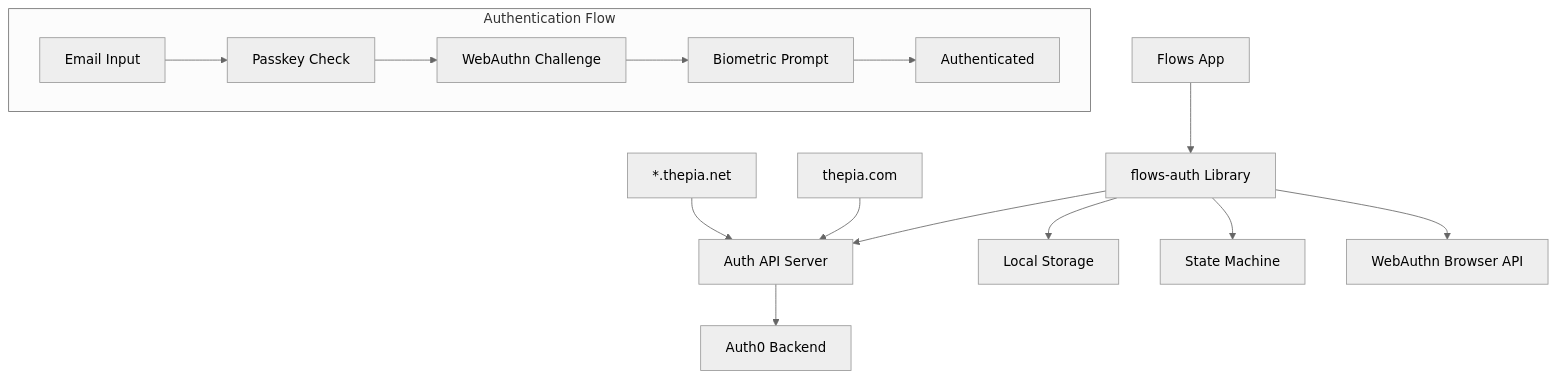
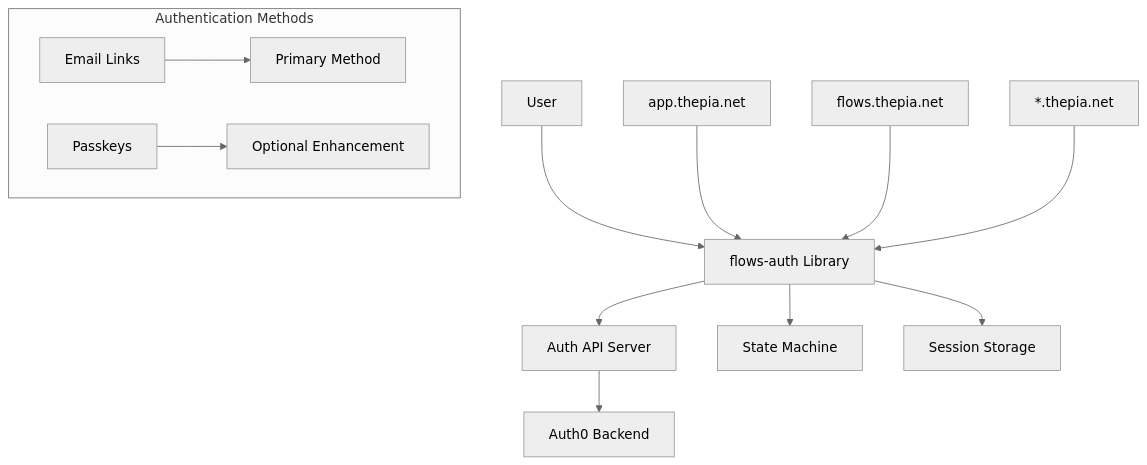
The diagram in docs/README.md (thepia/flows-auth), drawn with Mermaid (neutral theme) before and after one commit. The commit also changed other lines of this file and 14 other files, not shown here.

````diff
--- a/docs/README.md
+++ b/docs/README.md
@@ -90,20 +76,18 @@
 ```mermaid
 graph TB
-    A[Flows App] --> B[flows-auth Library]
+    A[User] --> B[flows-auth Library]
     B --> C[Auth API Server]
     C --> D[Auth0 Backend]
     
-    B --> E[Local Storage]
-    B --> F[State Machine]
-    B --> G[WebAuthn Browser API]
+    B --> E[State Machine]
+    B --> F[Session Storage]
     
-    H[thepia.com] --> C
-    I[*.thepia.net] --> C
+    G[app.thepia.net] --> B
+    H[flows.thepia.net] --> B
+    I[*.thepia.net] --> B
     
-    subgraph "Authentication Flow"
-        J[Email Input] --> K[Passkey Check]
-        K --> L[WebAuthn Challenge]
-        L --> M[Biometric Prompt]
-        M --> N[Authenticated]
+    subgraph "Authentication Methods"
+        J[Email Links] --> K[Primary Method]
+        L[Passkeys] --> M[Optional Enhancement]
     end
 ```
````
